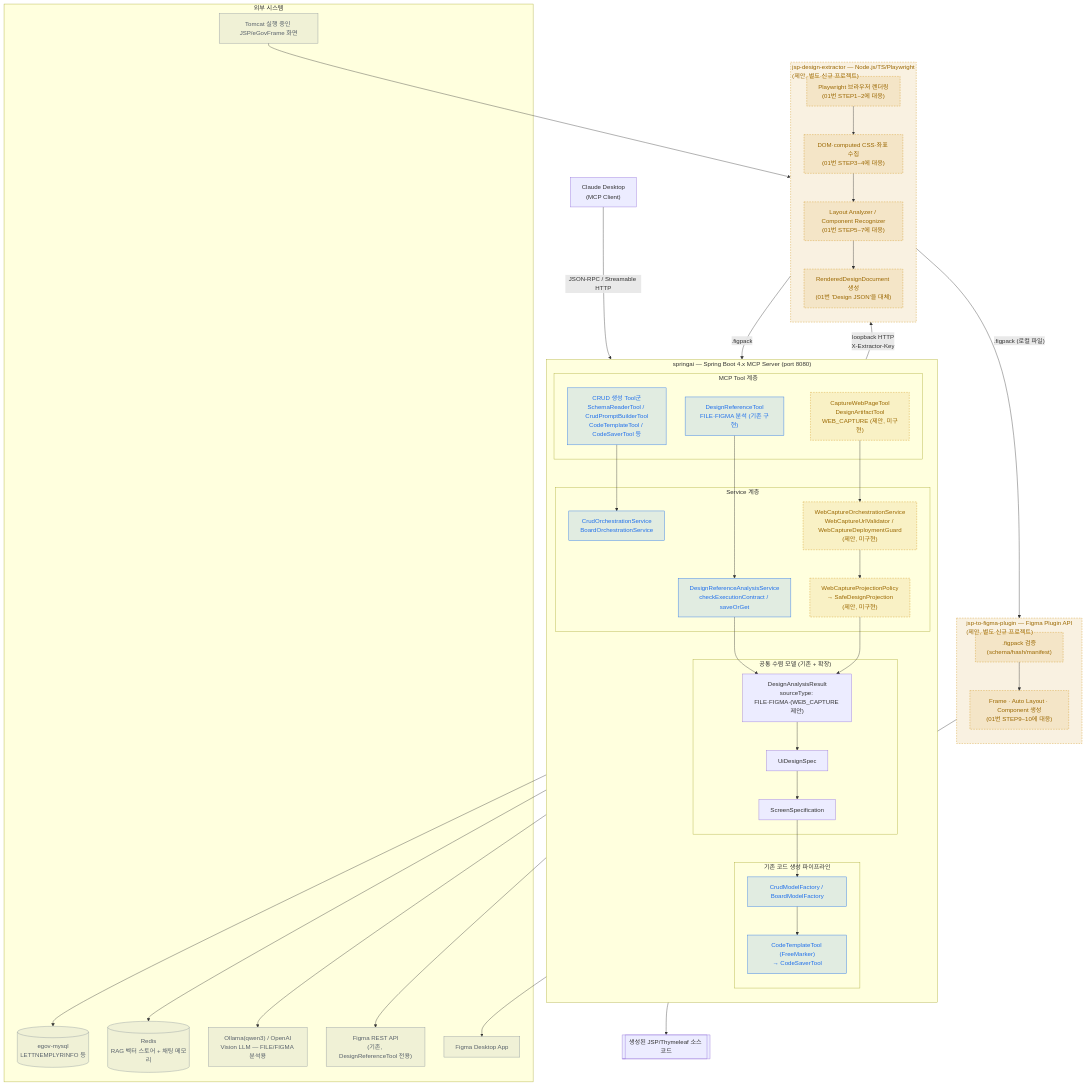
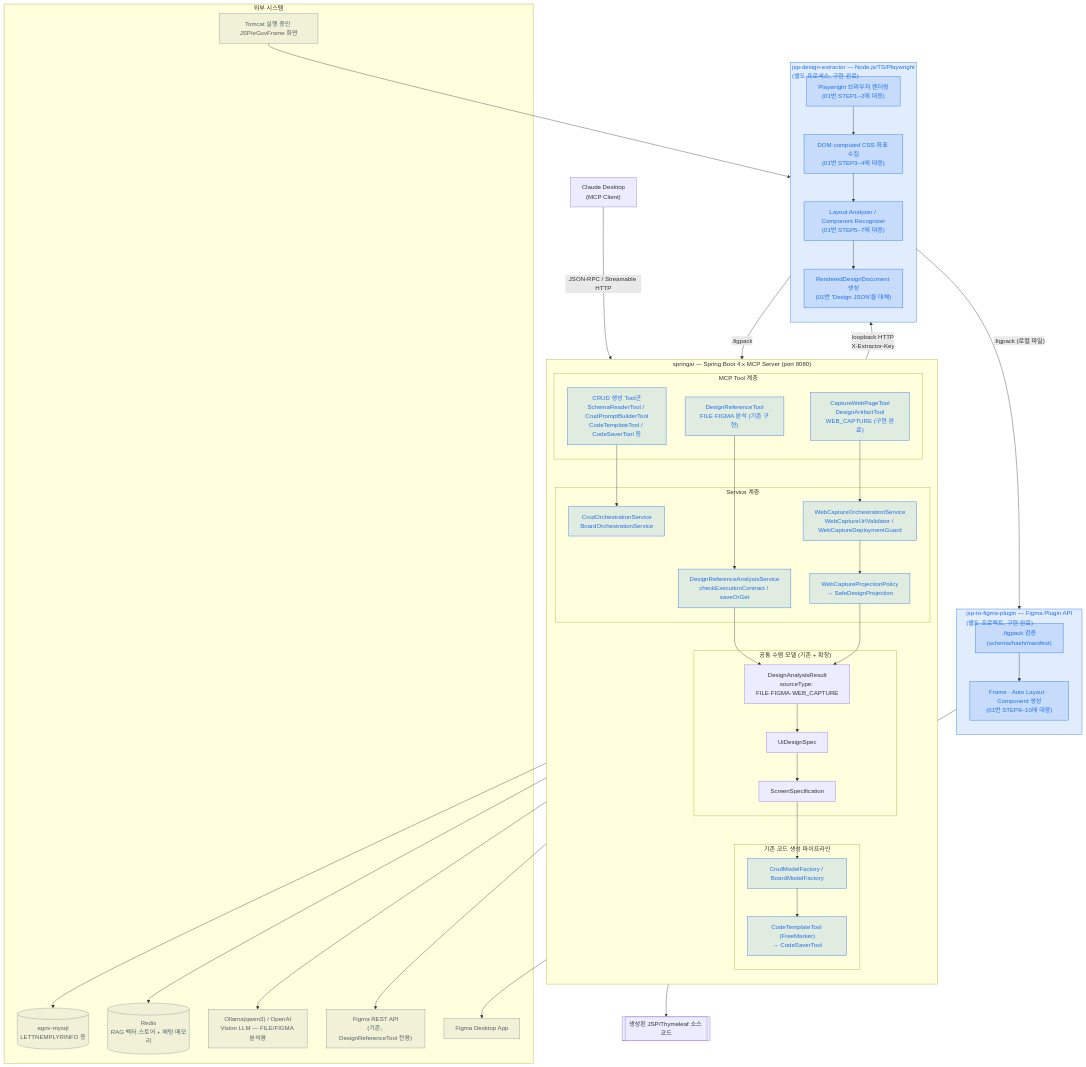
The diagram in docs/figma/05_Overall_Architecture_Diagram.md (Jeong-daeseop/springai), drawn with Mermaid before and after one commit. The commit also changed other lines of this file and 7 other files, not shown here.

````diff
--- a/docs/figma/05_Overall_Architecture_Diagram.md
+++ b/docs/figma/05_Overall_Architecture_Diagram.md
@@ -32,18 +41,18 @@
         subgraph ToolLayer["MCP Tool 계층"]
             T1["CRUD 생성 Tool군\nSchemaReaderTool / CrudPromptBuilderTool\nCodeTemplateTool / CodeSaverTool 등"]
             T2["DesignReferenceTool\nFILE·FIGMA 분석 (기존 구현)"]
-            T3["CaptureWebPageTool\nDesignArtifactTool\nWEB_CAPTURE (제안, 미구현)"]
+            T3["CaptureWebPageTool\nDesignArtifactTool\nWEB_CAPTURE (구현 완료)"]
         end
 
         subgraph ServiceLayer["Service 계층"]
             S1["CrudOrchestrationService\nBoardOrchestrationService"]
             S2["DesignReferenceAnalysisService\ncheckExecutionContract / saveOrGet"]
-            S3["WebCaptureOrchestrationService\nWebCaptureUrlValidator / WebCaptureDeploymentGuard\n(제안, 미구현)"]
-            S4["WebCaptureProjectionPolicy\n→ SafeDesignProjection\n(제안, 미구현)"]
+            S3["WebCaptureOrchestrationService\nWebCaptureUrlValidator / WebCaptureDeploymentGuard"]
+            S4["WebCaptureProjectionPolicy\n→ SafeDesignProjection"]
         end
 
         subgraph ConvergeLayer["공통 수렴 모델 (기존 + 확장)"]
-            M1["DesignAnalysisResult\nsourceType: FILE·FIGMA·(WEB_CAPTURE 제안)"]
+            M1["DesignAnalysisResult\nsourceType: FILE·FIGMA·WEB_CAPTURE"]
             M2["UiDesignSpec"]
             M3["ScreenSpecification"]
         end
@@ -54,7 +63,7 @@
         end
     end
 
-    subgraph Extractor["jsp-design-extractor — Node.js/TS/Playwright\n(제안, 별도 신규 프로젝트)"]
+    subgraph Extractor["jsp-design-extractor — Node.js/TS/Playwright\n(별도 프로세스, 구현 완료)"]
         direction TB
         E1["Playwright 브라우저 렌더링\n(01번 STEP1~2에 대응)"]
         E2["DOM·computed CSS·좌표 수집\n(01번 STEP3~4에 대응)"]
@@ -63,7 +72,7 @@
         E1 --> E2 --> E3 --> E4
     end
 
-    subgraph Plugin["jsp-to-figma-plugin — Figma Plugin API\n(제안, 별도 신규 프로젝트)"]
+    subgraph Plugin["jsp-to-figma-plugin — Figma Plugin API\n(별도 프로젝트, 구현 완료)"]
         direction TB
         P1[".figpack 검증\n(schema/hash/manifest)"]
         P2["Frame · Auto Layout · Component 생성\n(01번 STEP9~10에 대응)"]
@@ -108,7 +117,6 @@
     classDef proposed fill:#d2992222,stroke:#d29922,stroke-dasharray: 4 3,color:#9a6700;
     classDef external fill:#8b949e22,stroke:#8b949e,color:#57606a;
 
-    class T1,S1,G1,G2,T2,S2 existing;
-    class T3,S3,S4,Extractor,Plugin,E1,E2,E3,E4,P1,P2 proposed;
+    class T1,S1,G1,G2,T2,S2,T3,S3,S4,Extractor,Plugin,E1,E2,E3,E4,P1,P2 existing;
     class DB,Redis,LLM,FigmaAPI,FigmaApp,JSPApp external;
 ```
````
